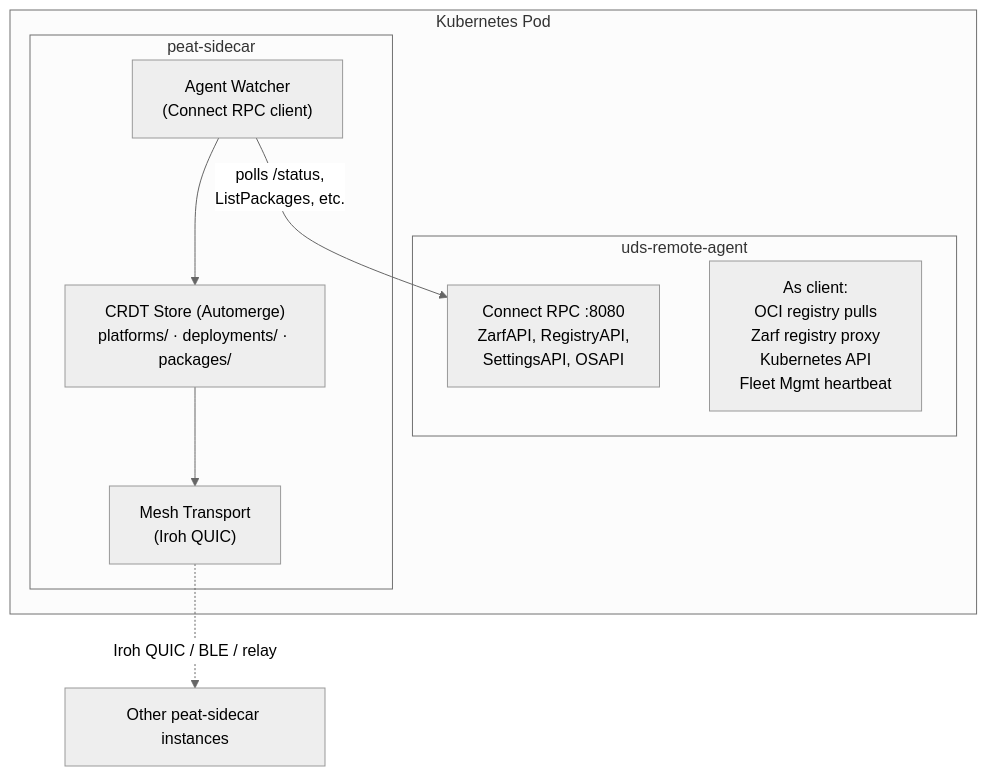
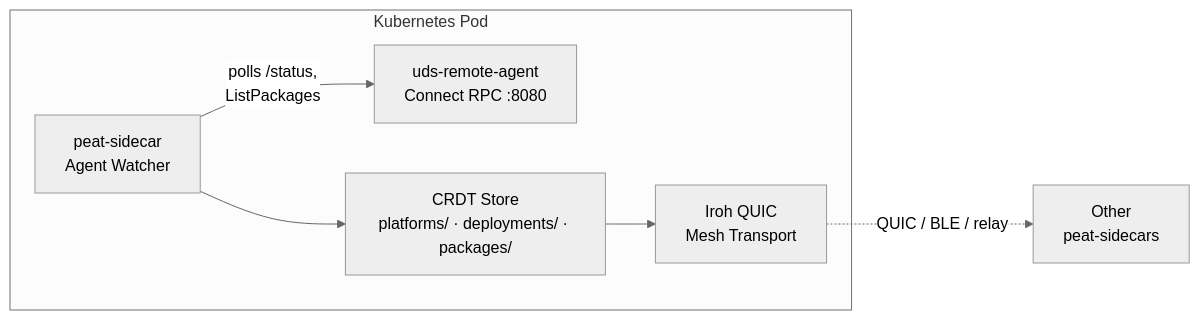
The fourth of 4 diagrams in docs/DESIGN.md (defenseunicorns/peat-node), drawn with Mermaid (neutral theme) before and after one commit. The commit also changed other lines of this file, not shown here.

First line of the commit message:
docs: simplify Mermaid diagrams for better auto-layout

````diff
--- a/docs/DESIGN.md
+++ b/docs/DESIGN.md
@@ -176,17 +175,12 @@
 ```mermaid
-graph TB
+graph LR
     subgraph pod["Kubernetes Pod"]
-        subgraph agent["uds-remote-agent"]
-            agentserver["Connect RPC :8080<br/>ZarfAPI, RegistryAPI,<br/>SettingsAPI, OSAPI"]
-            agentclient["As client:<br/>OCI registry pulls<br/>Zarf registry proxy<br/>Kubernetes API<br/>Fleet Mgmt heartbeat"]
-        end
-        subgraph sidecar["peat-sidecar"]
-            watcher["Agent Watcher<br/>(Connect RPC client)"]
-            crdt["CRDT Store (Automerge)<br/>platforms/ · deployments/ · packages/"]
-            mesh["Mesh Transport<br/>(Iroh QUIC)"]
-            watcher --> crdt --> mesh
-        end
-        watcher -- "polls /status,<br/>ListPackages, etc." --> agentserver
+        agent["uds-remote-agent<br/>Connect RPC :8080"]
+        watcher["peat-sidecar<br/>Agent Watcher"]
+        crdt["CRDT Store<br/>platforms/ · deployments/ · packages/"]
+        mesh["Iroh QUIC<br/>Mesh Transport"]
     end
-    mesh -. "Iroh QUIC / BLE / relay" .-> others["Other peat-sidecar instances"]
+    watcher -- "polls /status,<br/>ListPackages" --> agent
+    watcher --> crdt --> mesh
+    mesh -. "QUIC / BLE / relay" .-> others["Other<br/>peat-sidecars"]
 ```
````
